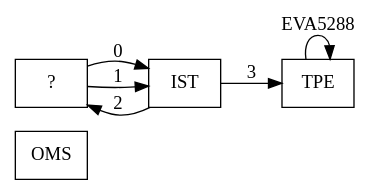
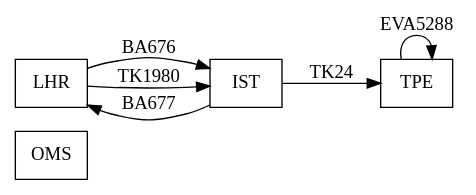
Before and after one commit to qbit86/arborescence: the diagram in samples/Arborescence.FlightGraphs/flights.gv, drawn with Graphviz.

Commit message:
[Samples] Finish flights graph

```diff
--- a/samples/Arborescence.FlightGraphs/flights.gv
+++ b/samples/Arborescence.FlightGraphs/flights.gv
@@ -1,13 +1,13 @@
 digraph Flights {
   rankdir=LR
   node [shape=box]
   OMS // Omsk
-  "?"
+  LHR // London
   IST // Istanbul
   TPE // Taipei
-  "?" -> IST [label="0"]
-  "?" -> IST [label="1"]
-  IST -> "?" [label="2"]
-  IST -> TPE [label="3"]
+  LHR -> IST [label="BA676"]
+  LHR -> IST [label="TK1980"]
+  IST -> LHR [label="BA677"]
+  IST -> TPE [label="TK24"]
   TPE -> TPE [label="EVA5288"]
 }
```
